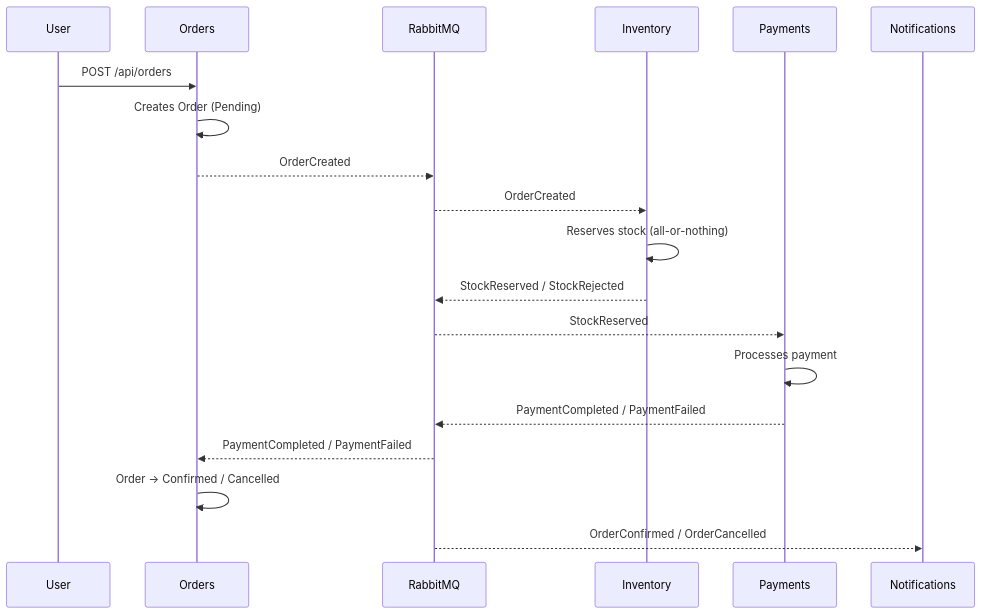
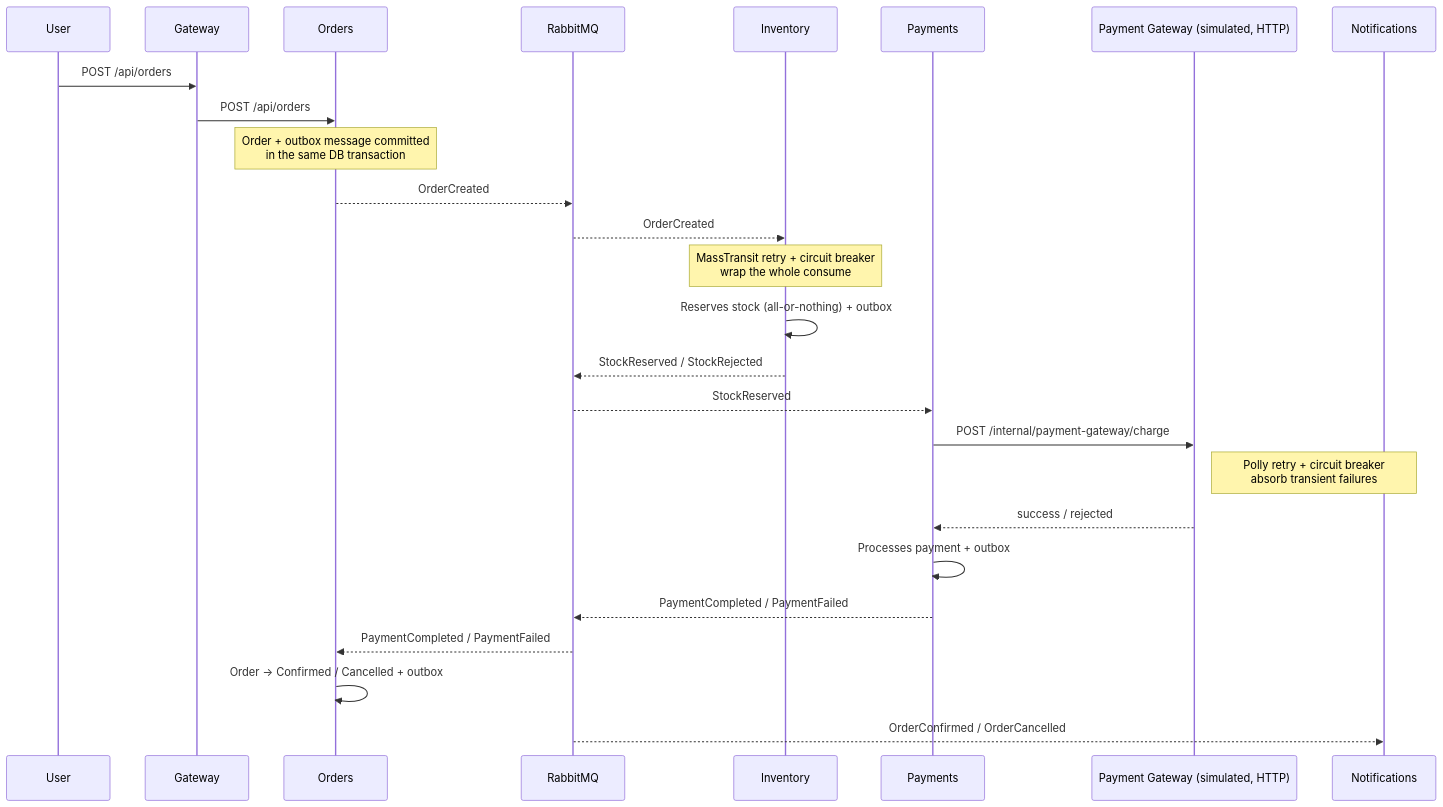
Before and after one commit to JavierCrisostomo/ecommerce-microservices-v2: the second of 6 diagrams in README.md, drawn with Mermaid. The commit also changed other lines of this file and 1 other file, not shown here.

First line of the commit message:
Document outbox, resilience and observability in README and tutorial

````diff
--- a/README.md
+++ b/README.md
@@ -71,22 +71,29 @@
 ```mermaid
 sequenceDiagram
     participant U as User
+    participant GW as Gateway
     participant ORD as Orders
     participant BUS as RabbitMQ
     participant INV as Inventory
     participant PAY as Payments
+    participant PG as Payment Gateway (simulated, HTTP)
     participant NOT as Notifications
 
-    U->>ORD: POST /api/orders
-    ORD->>ORD: Creates Order (Pending)
+    U->>GW: POST /api/orders
+    GW->>ORD: POST /api/orders
+    Note over ORD: Order + outbox message committed<br/>in the same DB transaction
     ORD-->>BUS: OrderCreated
     BUS-->>INV: OrderCreated
-    INV->>INV: Reserves stock (all-or-nothing)
+    Note over INV: MassTransit retry + circuit breaker<br/>wrap the whole consume
+    INV->>INV: Reserves stock (all-or-nothing) + outbox
     INV-->>BUS: StockReserved / StockRejected
     BUS-->>PAY: StockReserved
-    PAY->>PAY: Processes payment
+    PAY->>PG: POST /internal/payment-gateway/charge
+    Note right of PG: Polly retry + circuit breaker<br/>absorb transient failures
+    PG-->>PAY: success / rejected
+    PAY->>PAY: Processes payment + outbox
     PAY-->>BUS: PaymentCompleted / PaymentFailed
     BUS-->>ORD: PaymentCompleted / PaymentFailed
-    ORD->>ORD: Order -> Confirmed / Cancelled
+    ORD->>ORD: Order -> Confirmed / Cancelled + outbox
     BUS-->>NOT: OrderConfirmed / OrderCancelled
 ```
````
